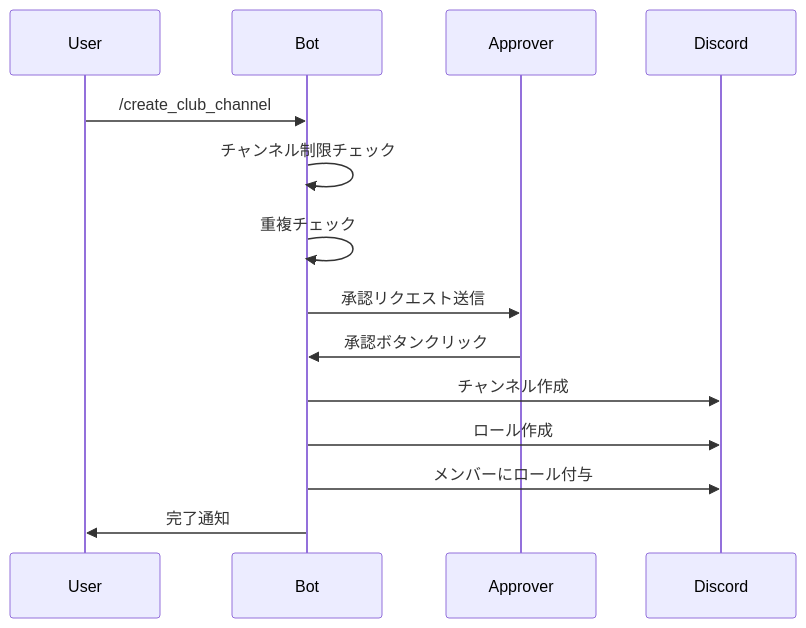
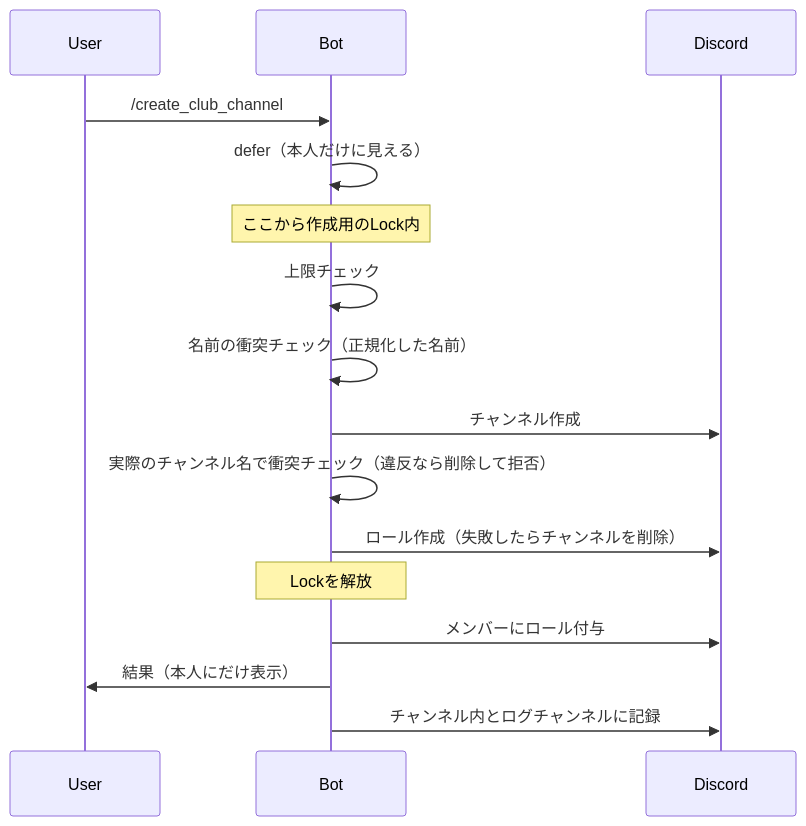
The diagram in docs/CLUB_CHANNEL.md (TECH-C-InTech/intech-discord-bot), drawn with Mermaid before and after one commit. The commit also changed other lines of this file and 11 other files, not shown here.

````diff
--- a/docs/CLUB_CHANNEL.md
+++ b/docs/CLUB_CHANNEL.md
@@ -93,17 +93,19 @@
 ```mermaid
 sequenceDiagram
     participant User
     participant Bot
-    participant Approver
     participant Discord
 
     User->>Bot: /create_club_channel
-    Bot->>Bot: チャンネル制限チェック
-    Bot->>Bot: 重複チェック
-    Bot->>Approver: 承認リクエスト送信
-    Approver->>Bot: 承認ボタンクリック
+    Bot->>Bot: defer（本人だけに見える）
+    Note over Bot: ここから作成用のLock内
+    Bot->>Bot: 上限チェック
+    Bot->>Bot: 名前の衝突チェック（正規化した名前）
     Bot->>Discord: チャンネル作成
-    Bot->>Discord: ロール作成
+    Bot->>Bot: 実際のチャンネル名で衝突チェック（違反なら削除して拒否）
+    Bot->>Discord: ロール作成（失敗したらチャンネルを削除）
+    Note over Bot: Lockを解放
     Bot->>Discord: メンバーにロール付与
-    Bot->>User: 完了通知
+    Bot->>User: 結果（本人にだけ表示）
+    Bot->>Discord: チャンネル内とログチャンネルに記録
 ```
````
